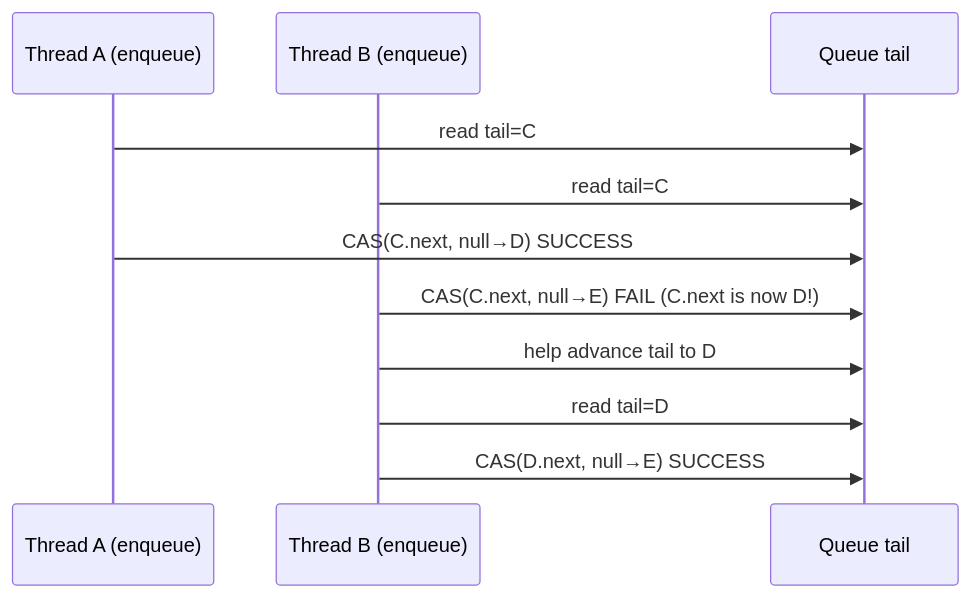
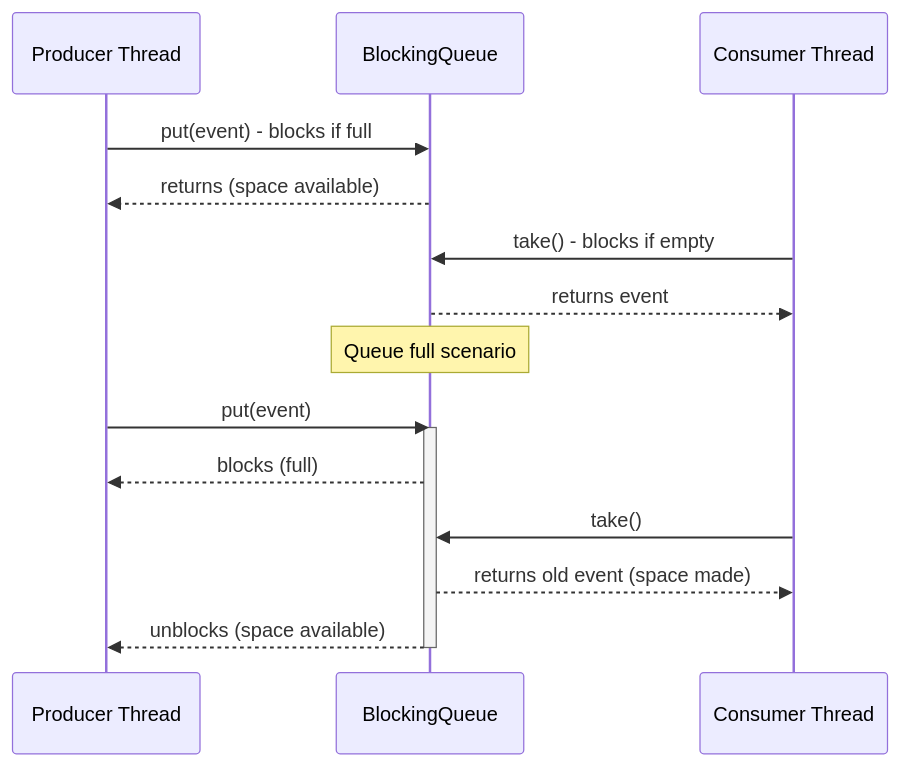
One commit to shivakrishnak/sk-int changed the second of 2 diagrams in docs/java-concurrency/Java Concurrency - L2 Concurrent Collections.md. Above: the diagram before and after it, drawn with Mermaid. The commit also changed other lines of this file and 466 other files, not shown here.

````diff
--- a/docs/java-concurrency/Java Concurrency - L2 Concurrent Collections.md
+++ b/docs/java-concurrency/Java Concurrency - L2 Concurrent Collections.md
@@ -1447,14 +1530,20 @@
 ```mermaid
 sequenceDiagram
-    participant T1 as Thread A (enqueue)
-    participant T2 as Thread B (enqueue)
-    participant Q as Queue tail
+    participant P as Producer Thread
+    participant Q as BlockingQueue
+    participant C as Consumer Thread
 
-    T1->>Q: read tail=C
-    T2->>Q: read tail=C
-    T1->>Q: CAS(C.next, null→D) SUCCESS
-    T2->>Q: CAS(C.next, null→E) FAIL (C.next is now D!)
-    T2->>Q: help advance tail to D
-    T2->>Q: read tail=D
-    T2->>Q: CAS(D.next, null→E) SUCCESS
+    P->>Q: put(event) - blocks if full
+    Q-->>P: returns (space available)
+    C->>Q: take() - blocks if empty
+    Q-->>C: returns event
+
+    Note over Q: Queue full scenario
+    P->>Q: put(event)
+    activate Q
+    Q-->>P: blocks (full)
+    C->>Q: take()
+    Q-->>C: returns old event (space made)
+    Q-->>P: unblocks (space available)
+    deactivate Q
 ```
````
